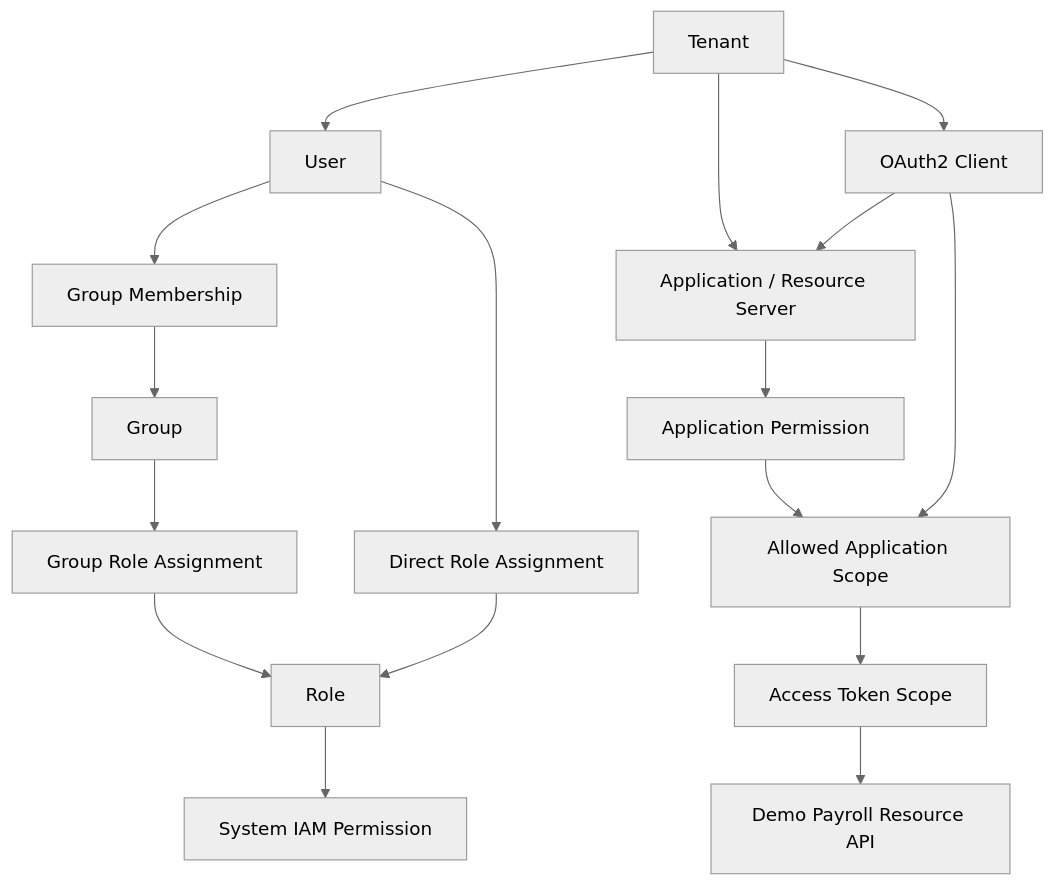
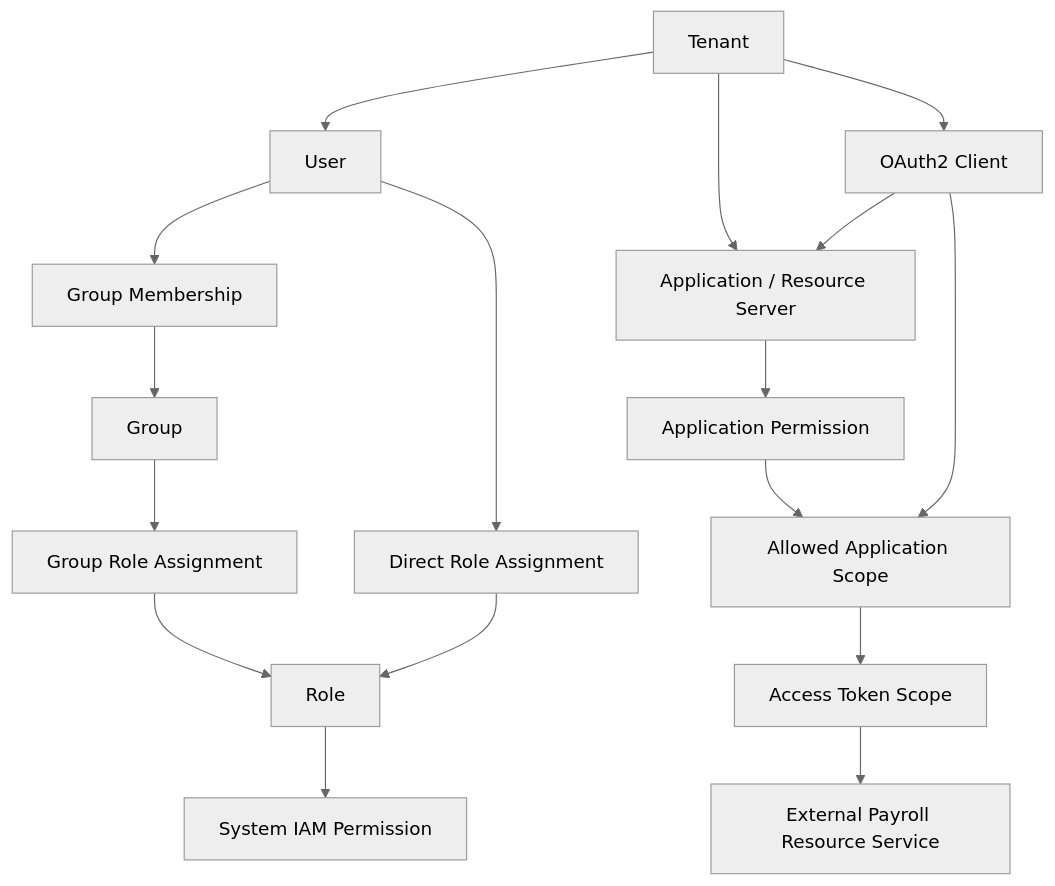
The second of 2 diagrams in README.md (doubletree0657/identityforge), drawn with Mermaid (neutral theme) before and after one commit. The commit also changed other lines of this file and 21 other files, not shown here.

Commit message:
feat: add external OAuth2 resource server demo

````diff
--- a/README.md
+++ b/README.md
@@ -165,20 +169,20 @@
 ```mermaid
 flowchart TB
     Tenant[Tenant] --> User[User]
     User --> Membership[Group Membership]
     Membership --> Group[Group]
     User --> DirectRole[Direct Role Assignment]
     Group --> GroupRole[Group Role Assignment]
     DirectRole --> Role[Role]
     GroupRole --> Role
     Role --> SystemPermission[System IAM Permission]
 
     Tenant --> Application[Application / Resource Server]
     Application --> AppPermission[Application Permission]
     Tenant --> Client[OAuth2 Client]
     Client --> Application
     Client --> AllowedScope[Allowed Application Scope]
     AppPermission --> AllowedScope
     AllowedScope --> Token[Access Token Scope]
-    Token --> DemoApi[Demo Payroll Resource API]
+    Token --> DemoApi[External Payroll Resource Service]
 ```
````
